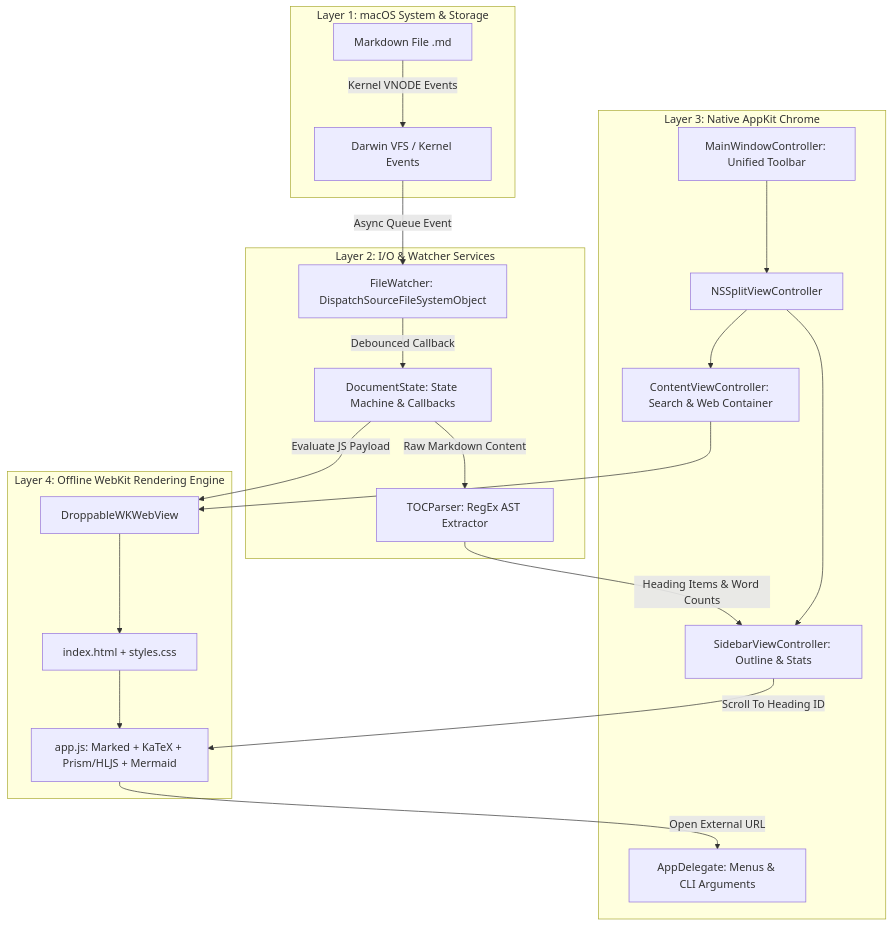
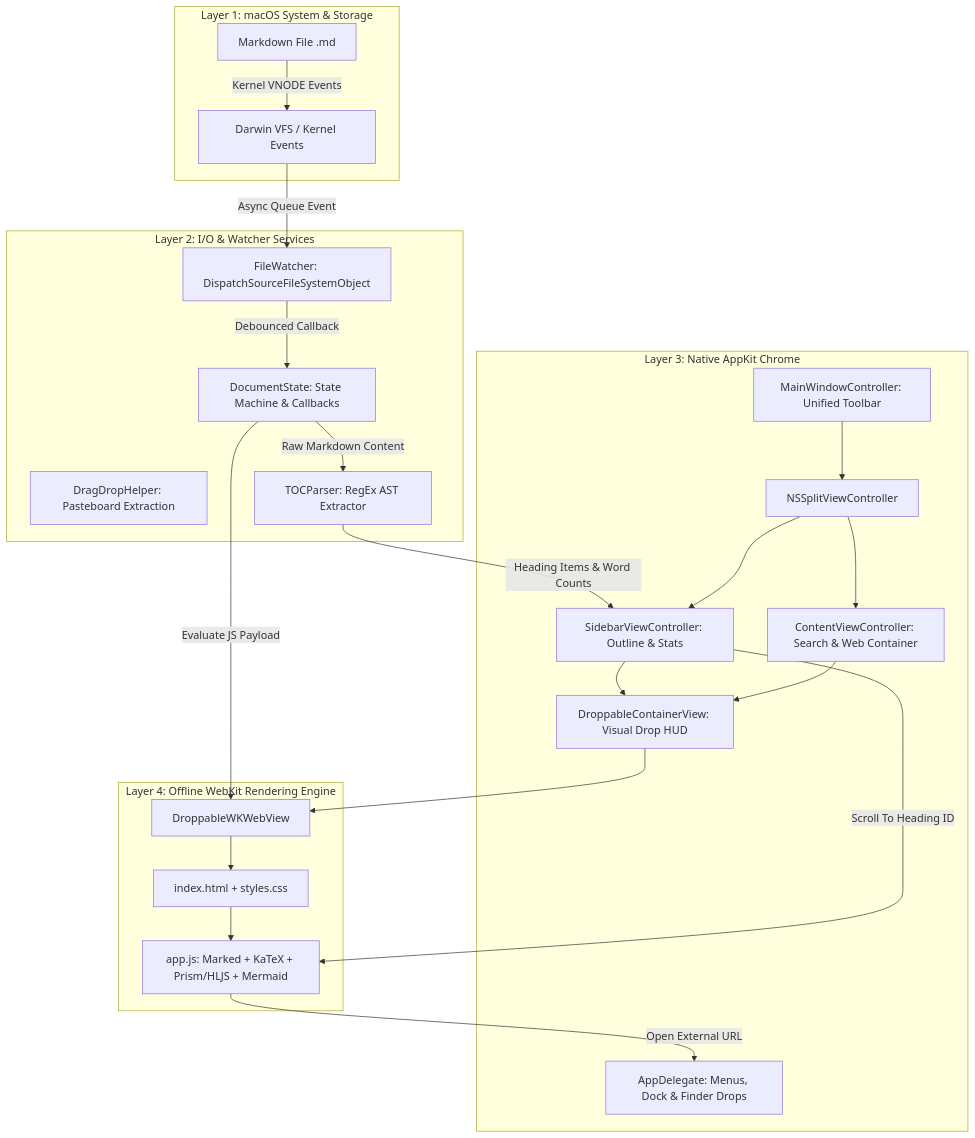
Before and after one commit to slemay/mdviewer: the first of 3 diagrams in DESIGN.md, drawn with Mermaid. The commit also changed other lines of this file and 1 other file, not shown here.

Commit message:
docs: update README.md and DESIGN.md with drag & drop, icon, and layout specs

````diff
--- a/DESIGN.md
+++ b/DESIGN.md
@@ -60,42 +63,46 @@
 ```mermaid
 graph TD
     subgraph "Layer 1: macOS System & Storage"
         File[Markdown File .md]
         VFS[Darwin VFS / Kernel Events]
     end
 
     subgraph "Layer 2: I/O & Watcher Services"
         FileWatcher[FileWatcher: DispatchSourceFileSystemObject]
+        DragDrop[DragDropHelper: Pasteboard Extraction]
         TOCParser[TOCParser: RegEx AST Extractor]
         DocState[DocumentState: State Machine & Callbacks]
     end
 
     subgraph "Layer 3: Native AppKit Chrome"
-        AppDel[AppDelegate: Menus & CLI Arguments]
+        AppDel[AppDelegate: Menus, Dock & Finder Drops]
         MainWin[MainWindowController: Unified Toolbar]
         SplitVC[NSSplitViewController]
         SidebarVC[SidebarViewController: Outline & Stats]
         ContentVC[ContentViewController: Search & Web Container]
+        DropContainer[DroppableContainerView: Visual Drop HUD]
     end
 
     subgraph "Layer 4: Offline WebKit Rendering Engine"
         DropWebView[DroppableWKWebView]
         HTML[index.html + styles.css]
         JSEngine[app.js: Marked + KaTeX + Prism/HLJS + Mermaid]
     end
 
     File -->|Kernel VNODE Events| VFS
     VFS -->|Async Queue Event| FileWatcher
     FileWatcher -->|Debounced Callback| DocState
     DocState -->|Raw Markdown Content| TOCParser
     TOCParser -->|Heading Items & Word Counts| SidebarVC
     DocState -->|Evaluate JS Payload| DropWebView
     MainWin --> SplitVC
     SplitVC --> SidebarVC
     SplitVC --> ContentVC
-    ContentVC --> DropWebView
+    SidebarVC --> DropContainer
+    ContentVC --> DropContainer
+    DropContainer --> DropWebView
     DropWebView --> HTML
     HTML --> JSEngine
     SidebarVC -->|Scroll To Heading ID| JSEngine
     JSEngine -->|Open External URL| AppDel
 ```
````
